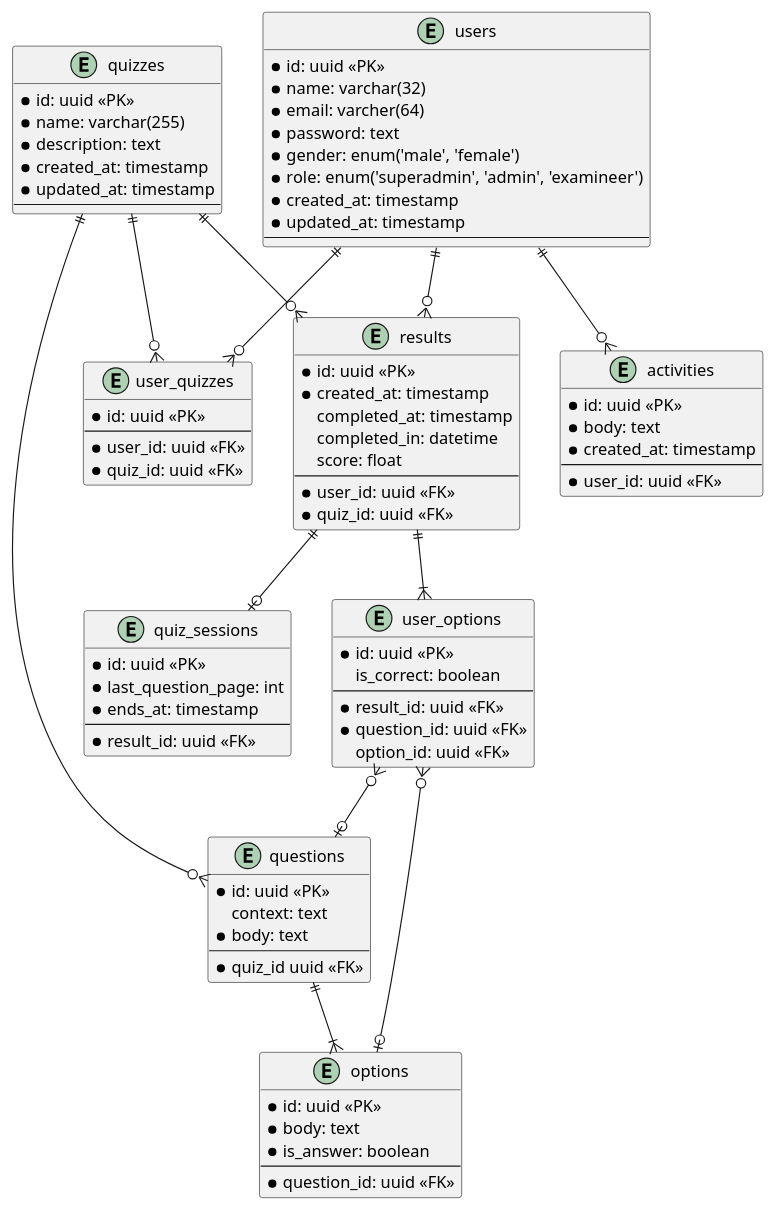
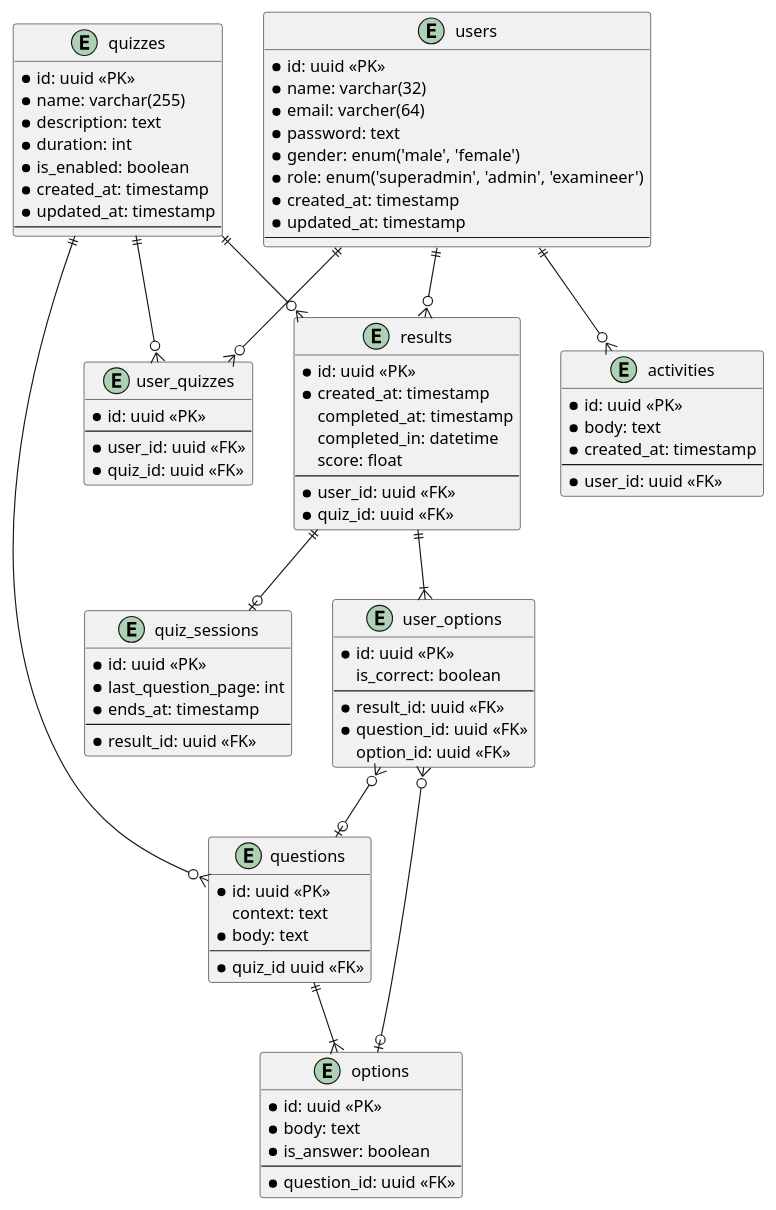
The diagram in docs/db.puml (stackpan/simpliz), drawn with PlantUML before and after one commit. The commit also changed 10 other files, not shown here.

```diff
--- a/docs/db.puml
+++ b/docs/db.puml
@@ -1,95 +1,97 @@
 @startuml
 
 entity users {
     * id: uuid <<PK>>
     * name: varchar(32)
     * email: varcher(64)
     * password: text
     * gender: enum('male', 'female')
     * role: enum('superadmin', 'admin', 'examineer')
     * created_at: timestamp
     * updated_at: timestamp
     ---
 }
 
 entity quizzes {
     * id: uuid <<PK>>
     * name: varchar(255)
     * description: text
+    * duration: int
+    * is_enabled: boolean
     * created_at: timestamp
     * updated_at: timestamp
     ---
 }
 
 entity user_quizzes {
     * id: uuid <<PK>>
     ---
     * user_id: uuid <<FK>>
     * quiz_id: uuid <<FK>>
 }
 
 entity questions {
     * id: uuid <<PK>>
     context: text
     * body: text
     ---
     * quiz_id uuid <<FK>>
 }
 
 entity options {
     * id: uuid <<PK>>
     * body: text
     * is_answer: boolean
     ---
     * question_id: uuid <<FK>>
 }
 
 entity results {
     * id: uuid <<PK>>
     * created_at: timestamp
     completed_at: timestamp
     completed_in: datetime
     score: float
     ---
     * user_id: uuid <<FK>>
     * quiz_id: uuid <<FK>>
 }
 
 entity quiz_sessions {
     * id: uuid <<PK>>
     * last_question_page: int
     * ends_at: timestamp
     ---
     * result_id: uuid <<FK>>
 }
 
 entity activities {
     * id: uuid <<PK>>
     * body: text
     * created_at: timestamp
     ---
     * user_id: uuid <<FK>>
 }
 
 entity user_options {
     * id: uuid <<PK>>
     is_correct: boolean
     ---
     * result_id: uuid <<FK>>
     * question_id: uuid <<FK>>
     option_id: uuid <<FK>>
 }
 
 users ||--o{ user_quizzes
 users ||--o{ activities
 users ||--o{ results
 quizzes ||--o{ user_quizzes
 quizzes ||--o{ questions
 quizzes ||--o{ results
 questions ||--|{ options
 results ||--o| quiz_sessions
 results ||--|{ user_options
 user_options }o--o| questions
 user_options }o--o| options
 
 @enduml
```
